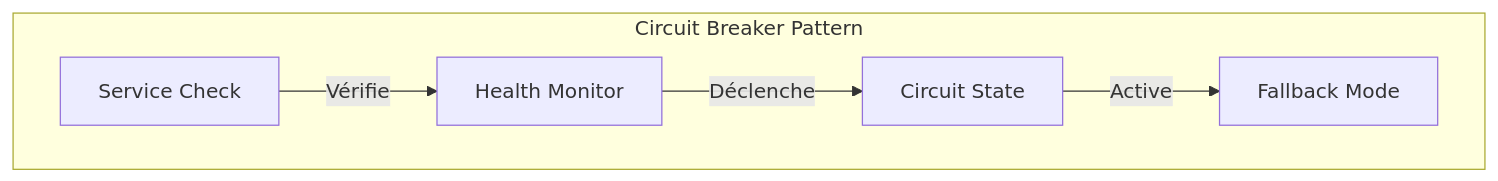
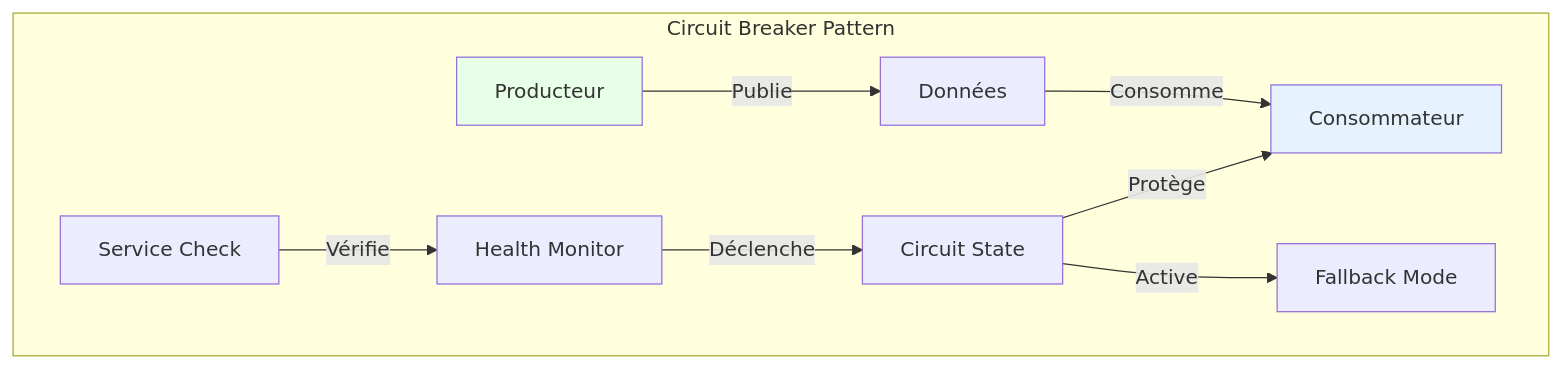
Before and after one commit to monmaya/pyb-data-contracts: the second of 4 diagrams in docs/fr/articles/04-patterns-architecture.md, drawn with Mermaid. The commit also changed other lines of this file and 15 other files, not shown here.

````diff
--- a/docs/fr/articles/04-patterns-architecture.md
+++ b/docs/fr/articles/04-patterns-architecture.md
@@ -24,8 +44,16 @@
 ```mermaid
 graph TD
     subgraph "Circuit Breaker Pattern"
+        P[Producteur] -->|Publie| D[Données]
+        D -->|Consomme| C[Consommateur]
         E[Service Check] -->|Vérifie| F[Health Monitor]
         F -->|Déclenche| G[Circuit State]
+        G -->|Protège| C
         G -->|Active| H[Fallback Mode]
     end
+
+    classDef producer fill:#e6ffe6;
+    classDef consumer fill:#e6f3ff;
+    class P producer;
+    class C consumer;
 ```
````
